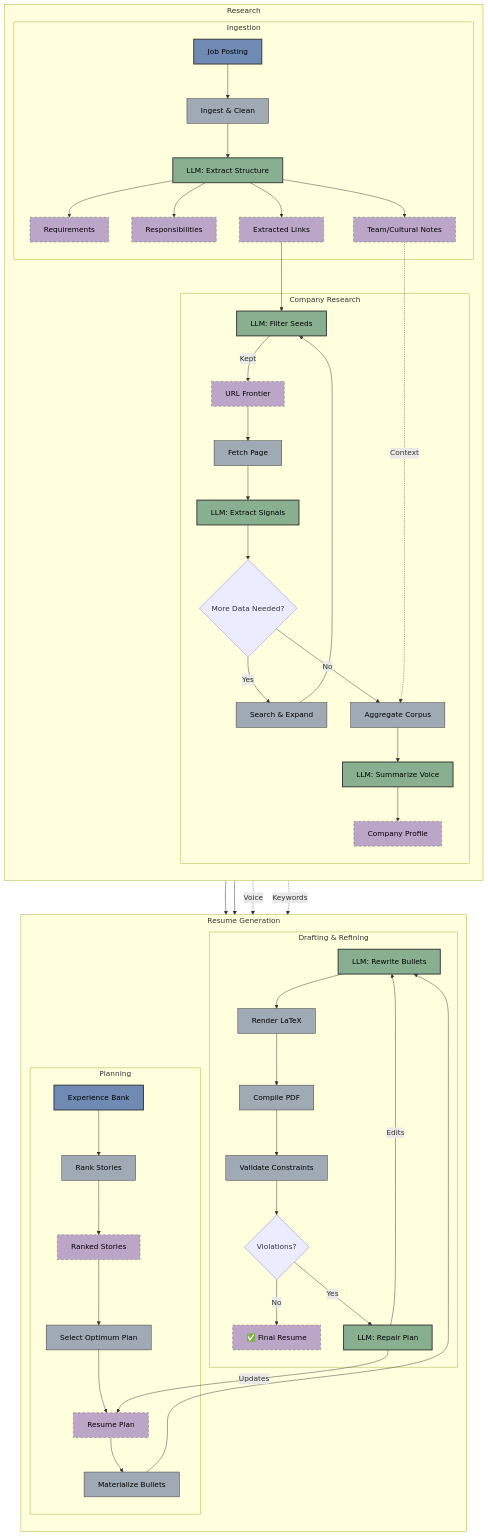
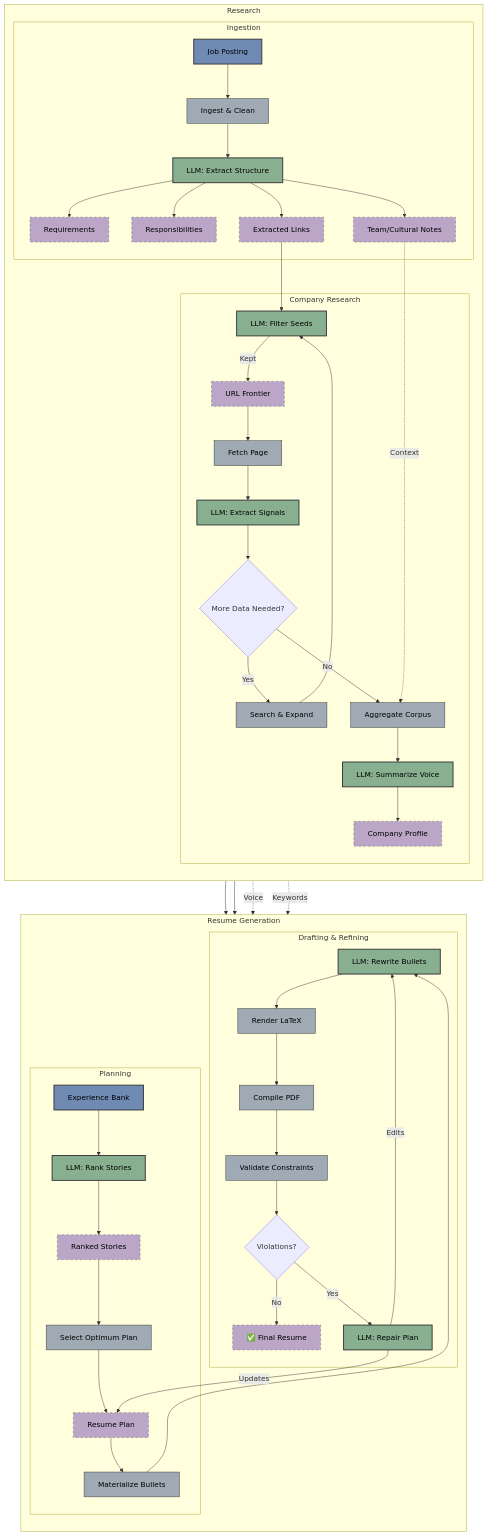
The diagram in README.md (jonkmatsumo/resume-customizer), drawn with Mermaid before and after one commit. The commit also changed other lines of this file and 8 other files, not shown here.

Commit message:
add LLM as a judge to rank stories

````diff
--- a/README.md
+++ b/README.md
@@ -61,7 +61,7 @@
         direction TB
         
         subgraph "Planning"
-            EXP --> RK[Rank Stories]
+            EXP --> RK[LLM: Rank Stories]
             D --> RK
             E --> RK
             RK --> RS[Ranked Stories]
@@ -95,8 +95,8 @@
     classDef tool fill:#a0aab5,stroke:#333,stroke-width:1px,color:#000;
     classDef data fill:#bba6c7,stroke:#666,stroke-width:1px,stroke-dasharray: 5 5,color:#000;
     
-    class C,FL,EX,SV,RW,RL llm;
-    class B,FE,SE,AG,RK,SP,MAT,TEX,PDF,VAL tool;
+    class C,FL,EX,SV,RW,RL,RK llm;
+    class B,FE,SE,AG,SP,MAT,TEX,PDF,VAL tool;
     class D,E,T,S,FR,CP,RS,PLAN,FIN data;
     class JOB,EXP input;
 ```
````
